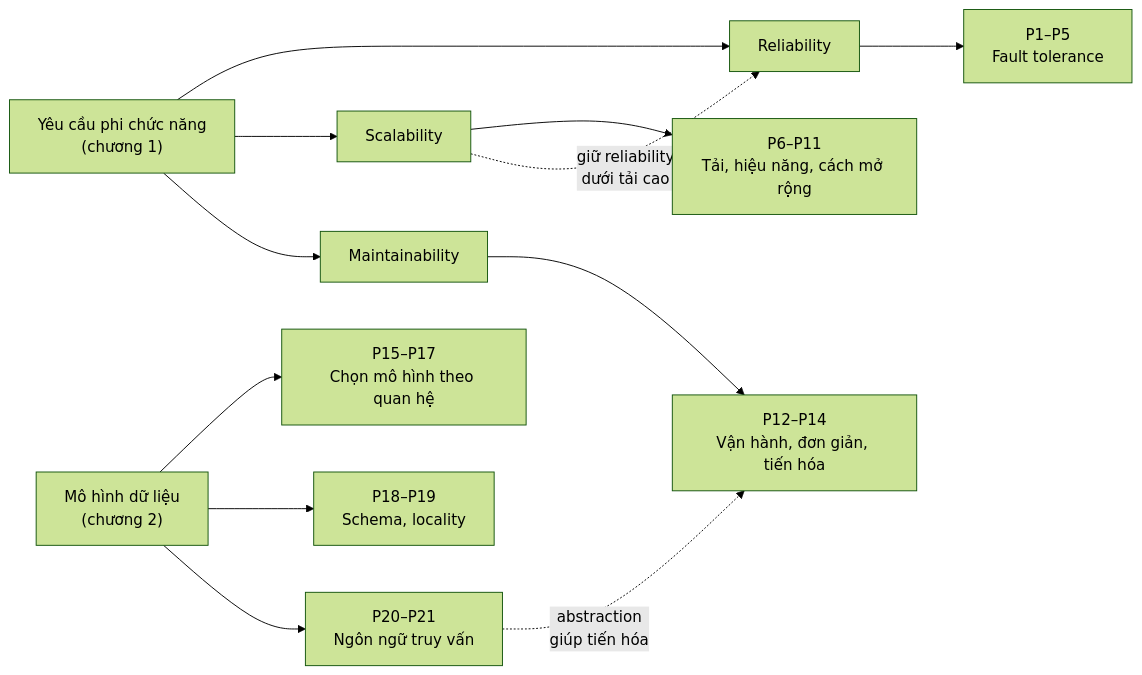
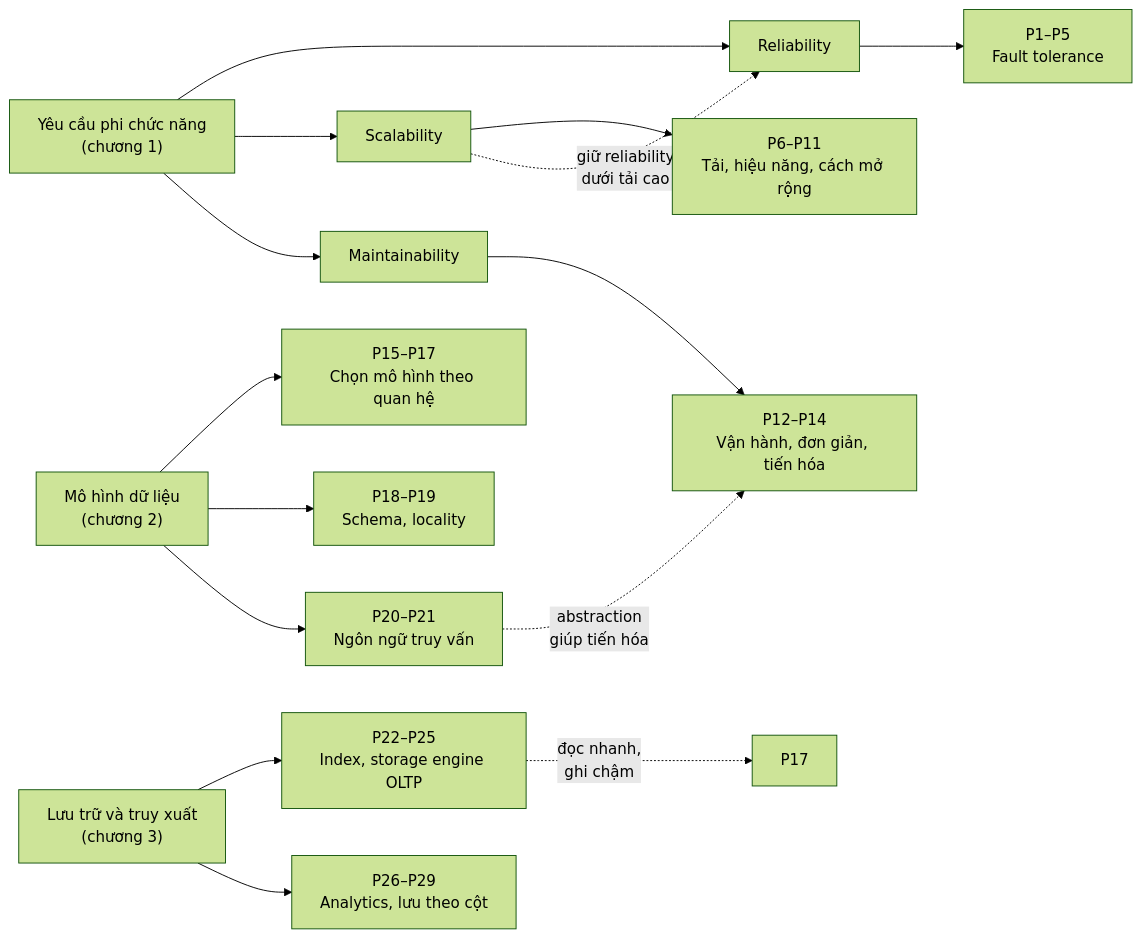
Before and after one commit to pnt2004/Public-Document: the diagram in DDIA/ddia-notes/system-design-concepts.md, drawn with Mermaid (forest theme). The commit also changed other lines of this file and 5 other files, not shown here.

````diff
--- a/DDIA/ddia-notes/system-design-concepts.md
+++ b/DDIA/ddia-notes/system-design-concepts.md
@@ -9,14 +9,17 @@
 ```mermaid
 flowchart LR
     REQ["Yêu cầu phi chức năng<br/>(chương 1)"] --> R["Reliability"]
     REQ --> S["Scalability"]
     REQ --> M["Maintainability"]
     R --> P1["P1–P5<br/>Fault tolerance"]
     S --> P6["P6–P11<br/>Tải, hiệu năng, cách mở rộng"]
     M --> P12["P12–P14<br/>Vận hành, đơn giản, tiến hóa"]
     S -.->|"giữ reliability<br/>dưới tải cao"| R
     DM["Mô hình dữ liệu<br/>(chương 2)"] --> P15["P15–P17<br/>Chọn mô hình theo quan hệ"]
     DM --> P18["P18–P19<br/>Schema, locality"]
     DM --> P20["P20–P21<br/>Ngôn ngữ truy vấn"]
     P20 -.->|"abstraction<br/>giúp tiến hóa"| P12
+    ST["Lưu trữ và truy xuất<br/>(chương 3)"] --> P22["P22–P25<br/>Index, storage engine OLTP"]
+    ST --> P26["P26–P29<br/>Analytics, lưu theo cột"]
+    P22 -.->|"đọc nhanh,<br/>ghi chậm"| P17
 ```
````
